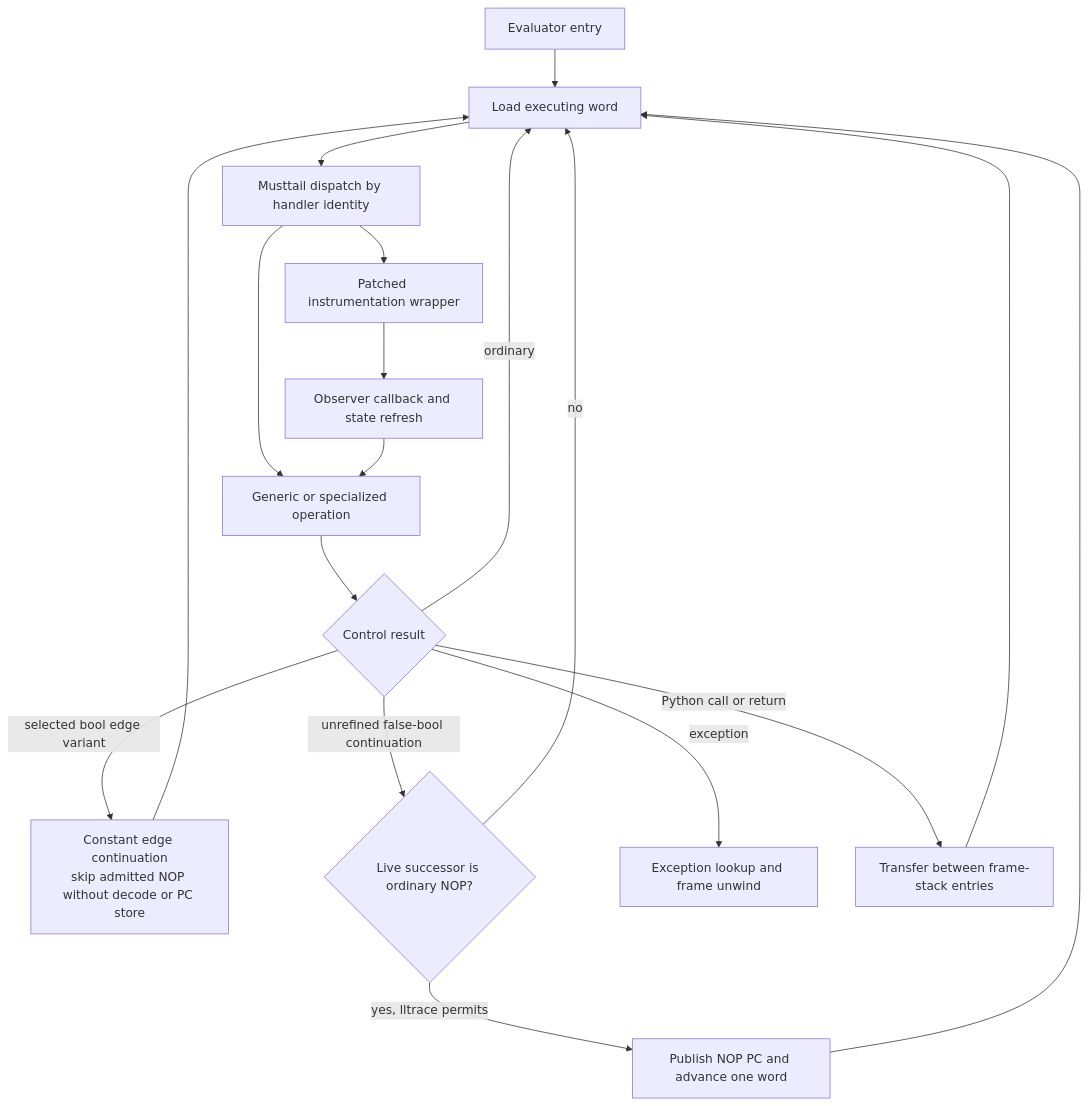
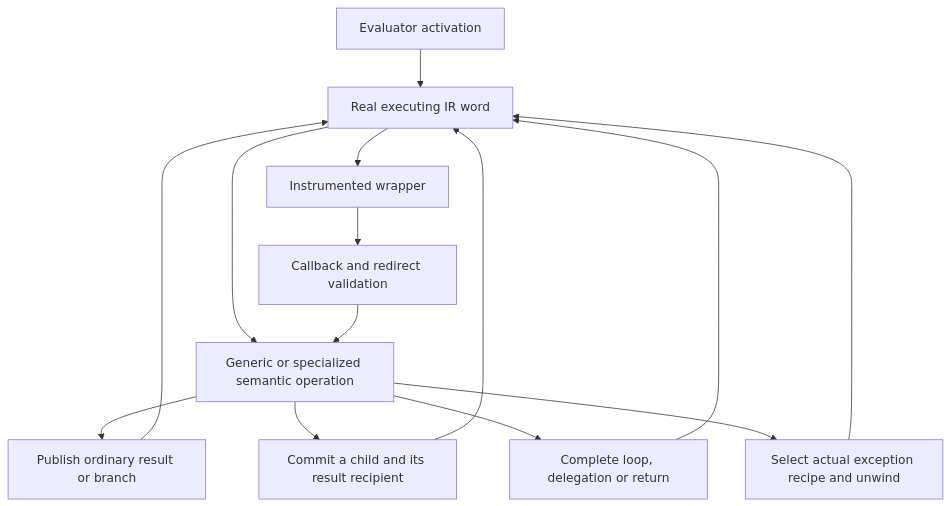
The first of 2 diagrams in pyjit/design/interpreter.md (rjpower/cpython), drawn with Mermaid before and after one commit. The commit also changed other lines of this file and 37 other files, not shown here.

Commit message:
Document semantic frame integration and measured remaining costs

````diff
--- a/pyjit/design/interpreter.md
+++ b/pyjit/design/interpreter.md
@@ -39,20 +29,16 @@
 ```mermaid
 flowchart TD
-    enter[Evaluator entry] --> word[Load executing word]
-    word --> select[Musttail dispatch by handler identity]
-    select --> base[Generic or specialized operation]
-    select --> wrapper[Patched instrumentation wrapper]
-    wrapper --> observe[Observer callback and state refresh]
-    observe --> base
-    base --> outcome{Control result}
-    outcome -->|ordinary| word
-    outcome -->|selected bool edge variant| edge[Constant edge continuation<br/>skip admitted NOP without decode or PC store]
-    edge --> word
-    outcome -->|unrefined false-bool continuation| check{Live successor is ordinary NOP?}
-    check -->|yes, lltrace permits| nop[Publish NOP PC and advance one word]
-    check -->|no| word
-    nop --> word
-    outcome -->|exception| unwind[Exception lookup and frame unwind]
-    outcome -->|Python call or return| switch[Transfer between frame-stack entries]
-    switch --> word
+    entry[Evaluator activation] --> word[Real executing IR word]
+    word --> handler[Generic or specialized semantic operation]
+    word --> wrapper[Instrumented wrapper]
+    wrapper --> observer[Callback and redirect validation]
+    observer --> handler
+    handler --> ordinary[Publish ordinary result or branch]
+    ordinary --> word
+    handler --> child_entry[Commit a child and its result recipient]
+    child_entry --> word
+    handler --> completion[Complete loop, delegation or return]
+    completion --> word
+    handler --> error[Select actual exception recipe and unwind]
+    error --> word
 ```
````
